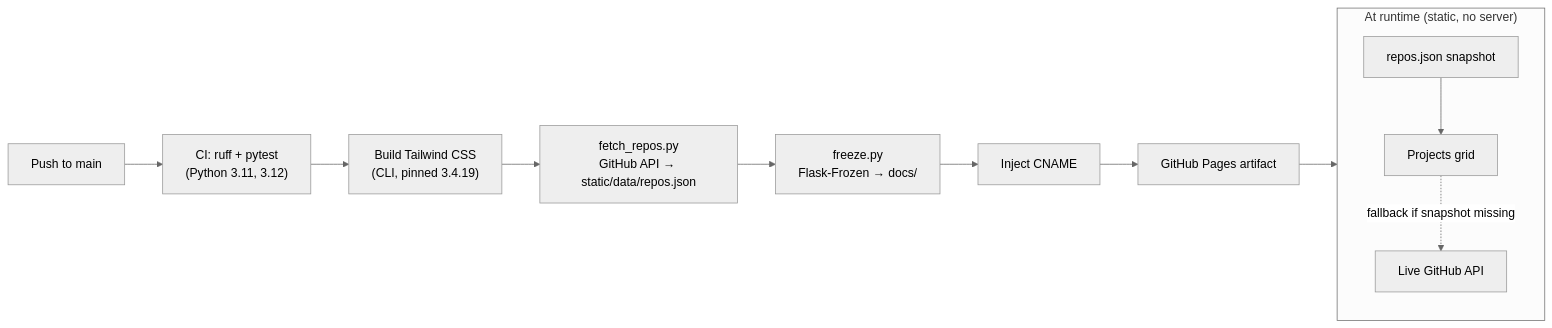
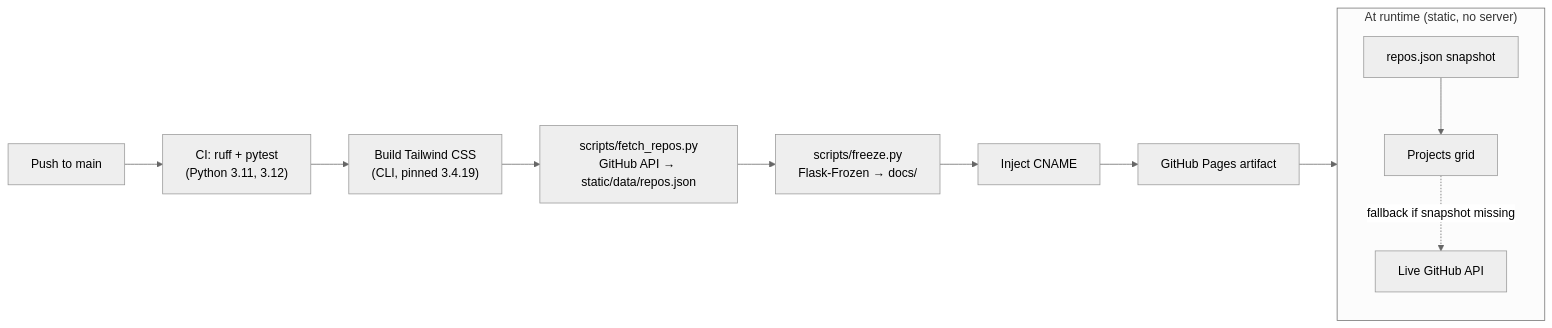
Before and after one commit to enonymous1/jpl-dev: the diagram in README.md, drawn with Mermaid (neutral theme). The commit also changed other lines of this file and 11 other files, not shown here.

````diff
--- a/README.md
+++ b/README.md
@@ -202,14 +202,14 @@
 ```mermaid
 flowchart LR
     push["Push to main"] --> test["CI: ruff + pytest\n(Python 3.11, 3.12)"]
     test --> tw["Build Tailwind CSS\n(CLI, pinned 3.4.19)"]
-    tw --> fetch["fetch_repos.py\nGitHub API → static/data/repos.json"]
-    fetch --> freeze["freeze.py\nFlask-Frozen → docs/"]
+    tw --> fetch["scripts/fetch_repos.py\nGitHub API → static/data/repos.json"]
+    fetch --> freeze["scripts/freeze.py\nFlask-Frozen → docs/"]
     freeze --> cname["Inject CNAME"]
     cname --> pages["GitHub Pages artifact"]
     subgraph runtime["At runtime (static, no server)"]
         snap["repos.json snapshot"] --> grid["Projects grid"]
         grid -.->|"fallback if snapshot missing"| api["Live GitHub API"]
     end
     pages --> runtime
 ```
````
